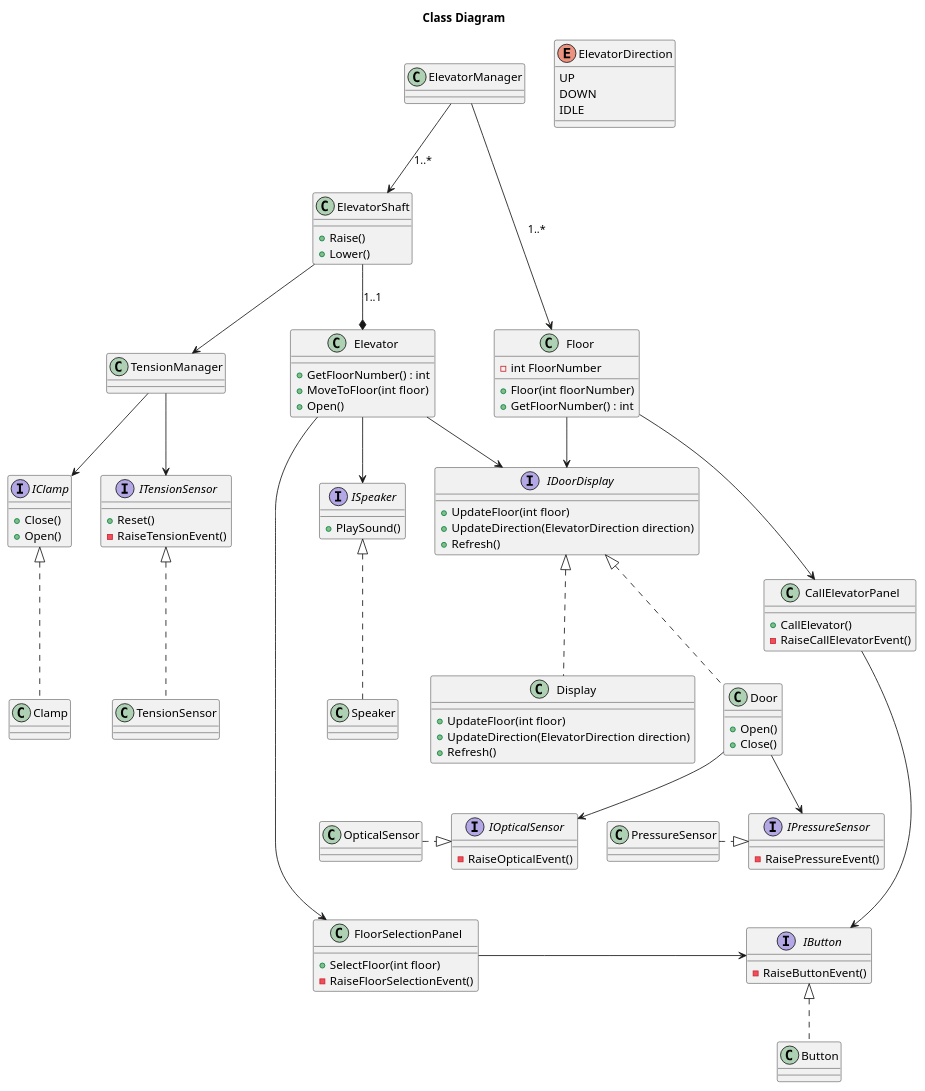
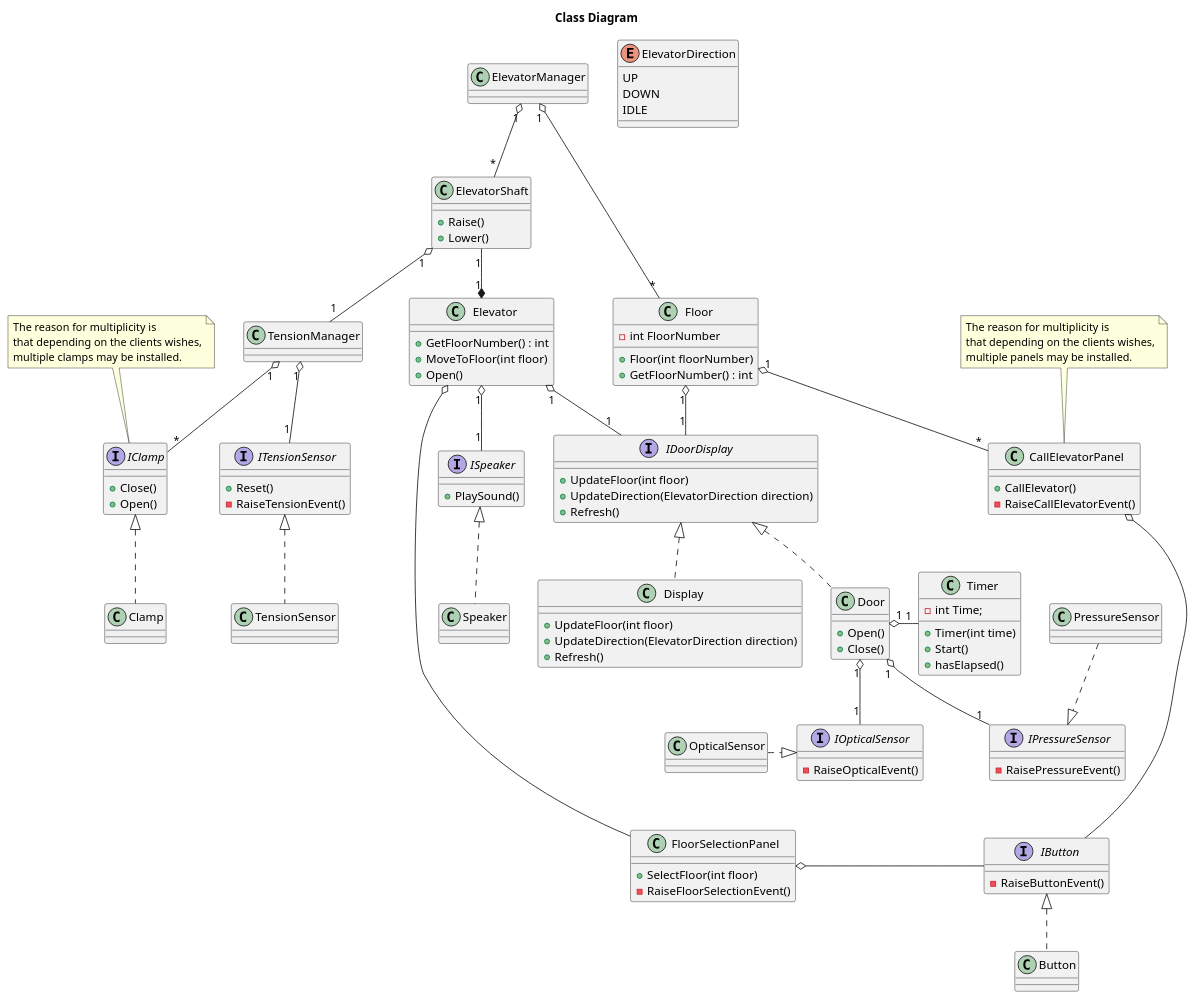
The second of 6 diagrams in Software Design & Algorithms/Elevator/Diagrams.puml (NathanThus/Technology-Semester-3), drawn with PlantUML before and after one commit. The commit also changed other lines of this file, not shown here.

Commit message:
Implemented Feedback

```diff
--- a/Software Design & Algorithms/Elevator/Diagrams.puml
+++ b/Software Design & Algorithms/Elevator/Diagrams.puml
@@ -12,138 +12,160 @@
 @startuml Class Diagram
 Title Class Diagram
 
 class ElevatorManager
 {
 }
 
 class Elevator
 {
     {method} + GetFloorNumber() : int
     {method} + MoveToFloor(int floor)
     {method} + Open()
 }
 
 class ElevatorShaft
 {
     {method} + Raise()
     {method} + Lower()
 }
 
 class FloorSelectionPanel
 {
     {method} + SelectFloor(int floor)
     {method} - RaiseFloorSelectionEvent()
 }
 
 class CallElevatorPanel
 {
     {method} + CallElevator()
     {method} - RaiseCallElevatorEvent()
 }
 
 class Door
 {
     {method} + Open()
     {method} + Close()
 }
 
 class Display
 {
     {method} + UpdateFloor(int floor)
     {method} + UpdateDirection(ElevatorDirection direction)
     {method} + Refresh()
 }
 
 interface IDoorDisplay
 {
     {method} + UpdateFloor(int floor)
     {method} + UpdateDirection(ElevatorDirection direction)
     {method} + Refresh()
 }
 
 class TensionManager
 {
 }
 
 interface ITensionSensor
 {
     {method} + Reset()
     {method} - RaiseTensionEvent()
 }
 
 interface IPressureSensor
 {
     {method} - RaisePressureEvent()
 }
 
 interface IOpticalSensor
 {
     {method} - RaiseOpticalEvent()
 }
 
 interface IButton
 {
     {method} - RaiseButtonEvent()
 }
 
 class Button
 {
 }
 
 interface IClamp
 {
     {Method} + Close()
     {Method} + Open()
 }
 
 class Floor
 {
     {field} - int FloorNumber
     {method} + Floor(int floorNumber)
     {method} + GetFloorNumber() : int
 }
 
 interface ISpeaker
 {
     {Method} + PlaySound()
 }
 
 enum ElevatorDirection
 {
     UP
     DOWN
     IDLE
 }
 
-ElevatorManager --> ElevatorShaft : 1..*
-ElevatorManager --> Floor : 1..*
+class Timer
+{
+    {field} - int Time;
+    {method} + Timer(int time)
+    {method} + Start()
+    {method} + hasElapsed()
+}
 
-ElevatorShaft --* Elevator : 1..1
-ElevatorShaft --> TensionManager
+ElevatorManager "1" o-- "*" ElevatorShaft
+ElevatorManager "1" o-- "*" Floor
 
-Floor --> CallElevatorPanel
-Floor --> IDoorDisplay
+ElevatorShaft "1" --* "1" Elevator
+ElevatorShaft "1" o-- "1" TensionManager
 
-Elevator --> IDoorDisplay
-Elevator --> ISpeaker
+Floor "1" o-- "*" CallElevatorPanel
+Floor "1" o-- "1" IDoorDisplay
+
+note top of CallElevatorPanel
+    The reason for multiplicity is
+    that depending on the clients wishes,
+    multiple panels may be installed.
+end note
+
+Elevator "1" o-- "1" IDoorDisplay
+Elevator "1" o--  "1" ISpeaker
 Speaker .up.|> ISpeaker
-Elevator -----> FloorSelectionPanel
+Elevator o----- FloorSelectionPanel
 
-FloorSelectionPanel -> IButton
-CallElevatorPanel --> IButton
+FloorSelectionPanel o- IButton
+CallElevatorPanel o-- IButton
 
 IDoorDisplay <|.. Display
 IDoorDisplay <|.. Door
 
-Door --> IPressureSensor
-Door --> IOpticalSensor
+Door "1" o-- "1" IPressureSensor
+Door "1" o-- "1" IOpticalSensor
+Door "1" o-right- "1" Timer
+
 OpticalSensor .|> IOpticalSensor
-PressureSensor .|> IPressureSensor
-'TODO: Shared Association pijlen
+PressureSensor ..|> IPressureSensor
 Button .up.|> IButton
-TensionManager --> IClamp
-TensionManager --> ITensionSensor
+TensionManager "1" o-- "*" IClamp
+
+note top of IClamp
+    The reason for multiplicity is
+    that depending on the clients wishes,
+    multiple clamps may be installed.
+end note
+
+TensionManager "1" o-- "1" ITensionSensor
 TensionSensor .up.|> ITensionSensor
 Clamp .up.|> IClamp
 
 @enduml
```
